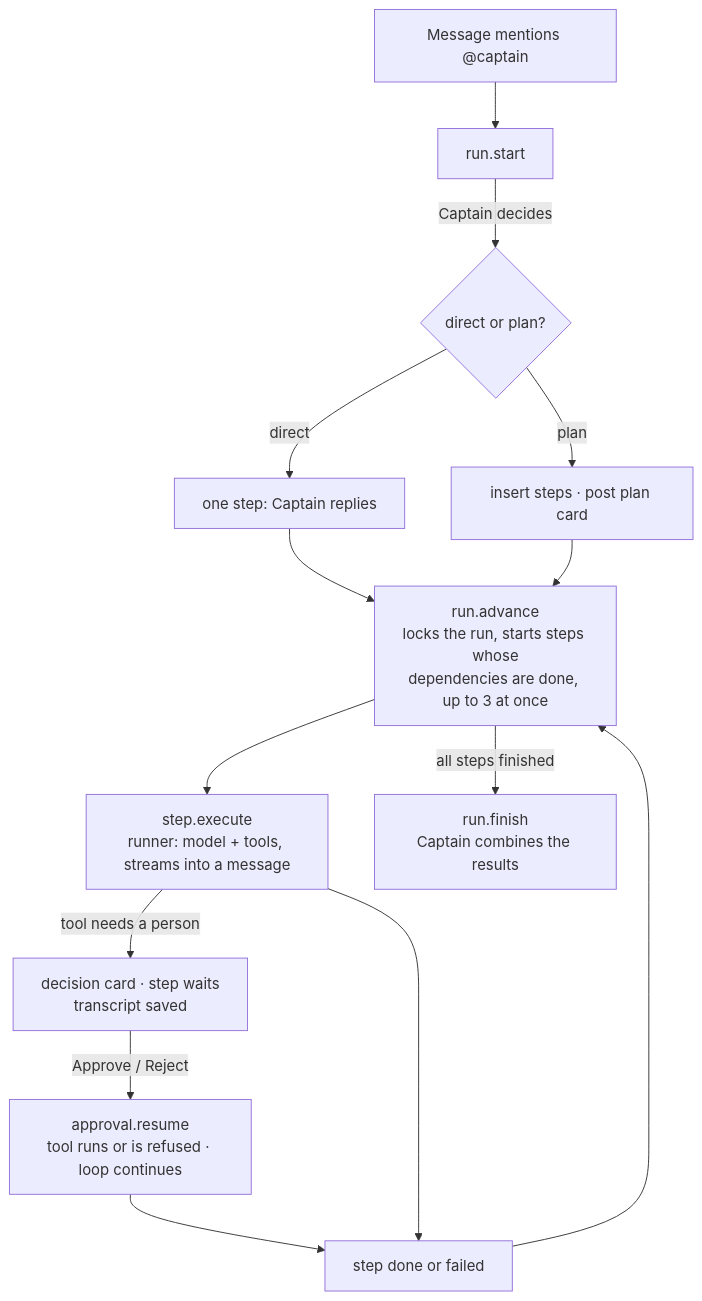
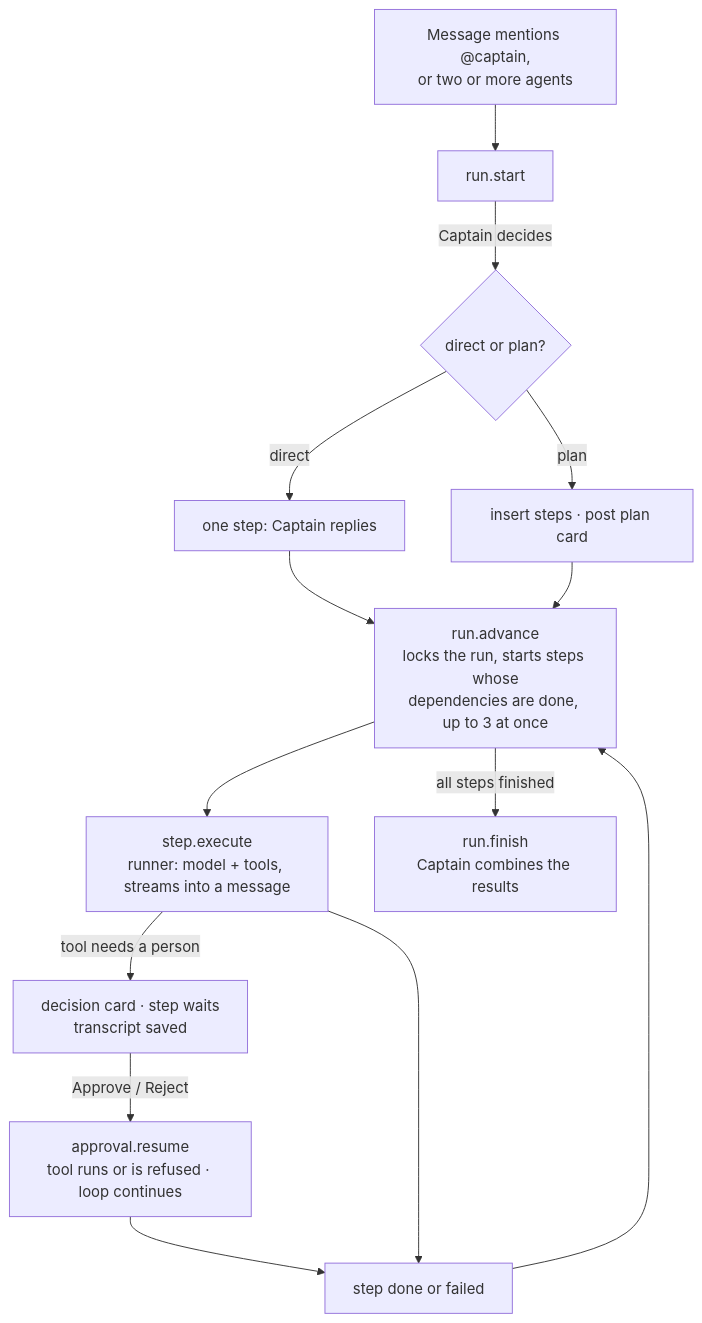
The fourth of 4 diagrams in docs/ARCHITECTURE.md (gracezrx/captain-desktop), drawn with Mermaid before and after one commit. The commit also changed other lines of this file and 39 other files, not shown here.

````diff
--- a/docs/ARCHITECTURE.md
+++ b/docs/ARCHITECTURE.md
@@ -98,16 +98,16 @@
 ```mermaid
 flowchart TD
-    T[Message mentions @captain] --> S[run.start]
+    T[Message mentions @captain,<br/>or two or more agents] --> S[run.start]
     S -->|Captain decides| P{direct or plan?}
     P -->|direct| ONE[one step: Captain replies]
     P -->|plan| CARD[insert steps · post plan card]
     ONE --> ADV
     CARD --> ADV[run.advance<br/>locks the run, starts steps whose<br/>dependencies are done, up to 3 at once]
     ADV --> EX[step.execute<br/>runner: model + tools, streams into a message]
     EX -->|tool needs a person| WAIT[decision card · step waits<br/>transcript saved]
     WAIT -->|Approve / Reject| RES[approval.resume<br/>tool runs or is refused · loop continues]
     RES --> DONE
     EX --> DONE[step done or failed]
     DONE --> ADV
     ADV -->|all steps finished| FIN[run.finish<br/>Captain combines the results]
 ```
````
